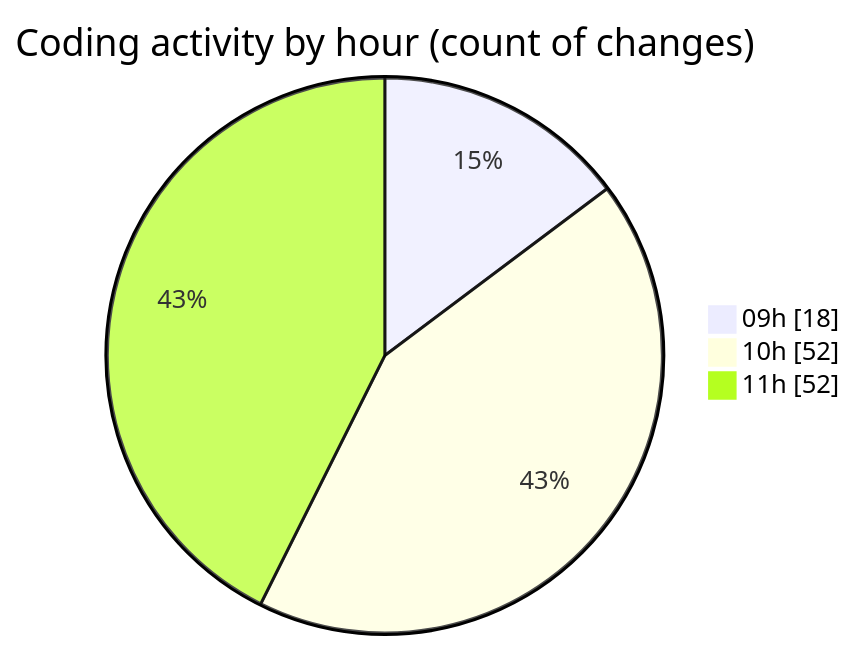
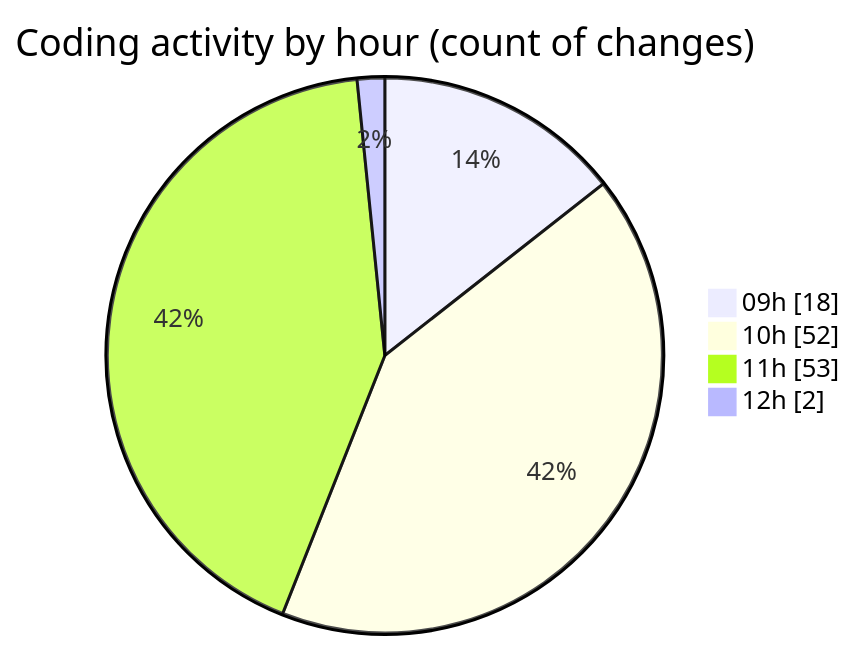
Before and after one commit to momahboobian/code-tracking: the second of 2 diagrams in 2025-03-21/cda/README.md, drawn with Mermaid. The commit also changed other lines of this file and 1 other file, not shown here.

````diff
--- a/2025-03-21/cda/README.md
+++ b/2025-03-21/cda/README.md
@@ -42,7 +42,8 @@
 ```mermaid
 pie showData
 title Coding activity by hour (count of changes)
 "09h" : 18
 "10h" : 52
-"11h" : 52
+"11h" : 53
+"12h" : 2
 ```
````
